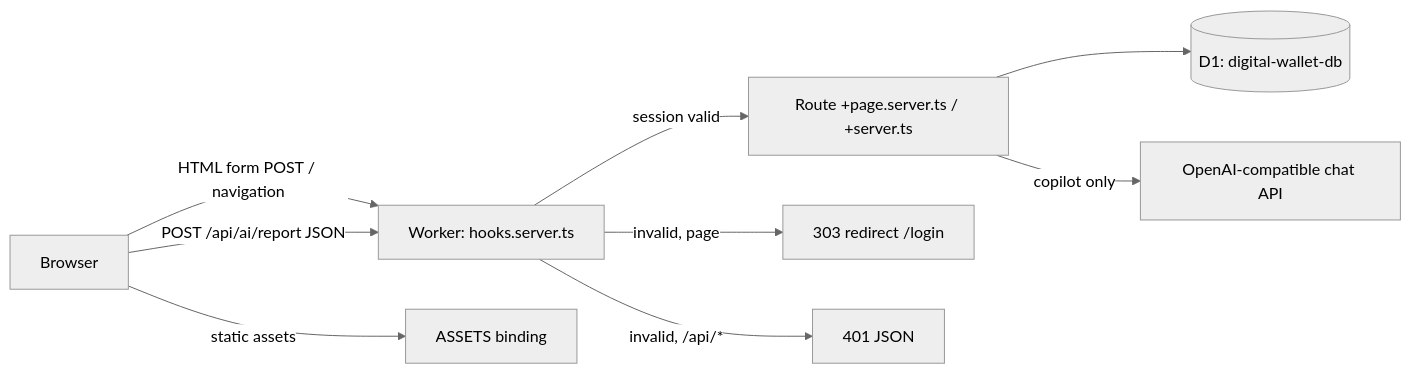
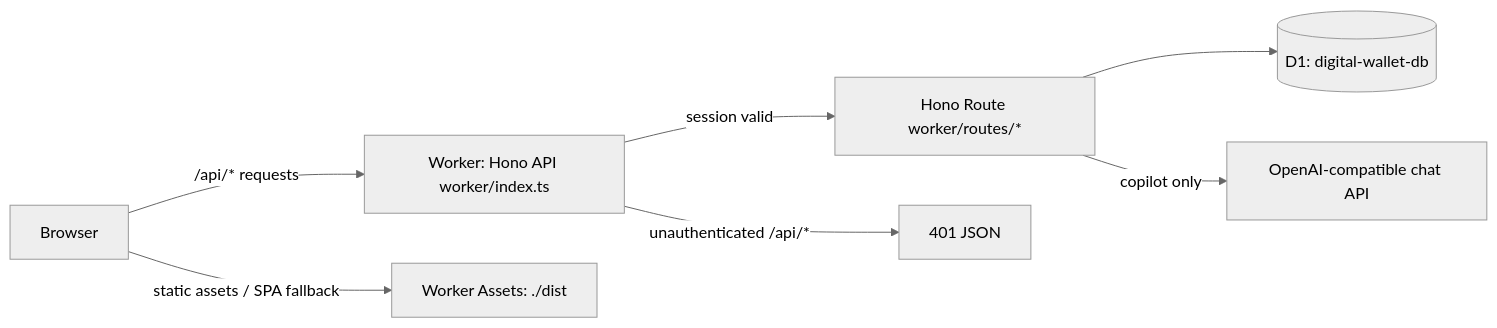
The diagram in docs/architecture.md (PanPanFR/digital-wallet), drawn with Mermaid (neutral theme) before and after one commit. The commit also changed other lines of this file and 82 other files, not shown here.

````diff
--- a/docs/architecture.md
+++ b/docs/architecture.md
@@ -14,11 +15,9 @@
 ```mermaid
 flowchart LR
-    B[Browser] -->|HTML form POST / navigation| H[Worker: hooks.server.ts]
-    B -->|POST /api/ai/report JSON| H
-    H -->|session valid| R[Route +page.server.ts / +server.ts]
-    H -->|invalid, page| L[303 redirect /login]
-    H -->|invalid, /api/*| J[401 JSON]
+    B[Browser] -->|/api/* requests| H[Worker: Hono API worker/index.ts]
+    H -->|session valid| R[Hono Route worker/routes/*]
+    H -->|unauthenticated /api/*| J[401 JSON]
     R --> D[(D1: digital-wallet-db)]
     R -->|copilot only| A[OpenAI-compatible chat API]
-    B -->|static assets| S[ASSETS binding]
+    B -->|static assets / SPA fallback| S[Worker Assets: ./dist]
 ```
````
